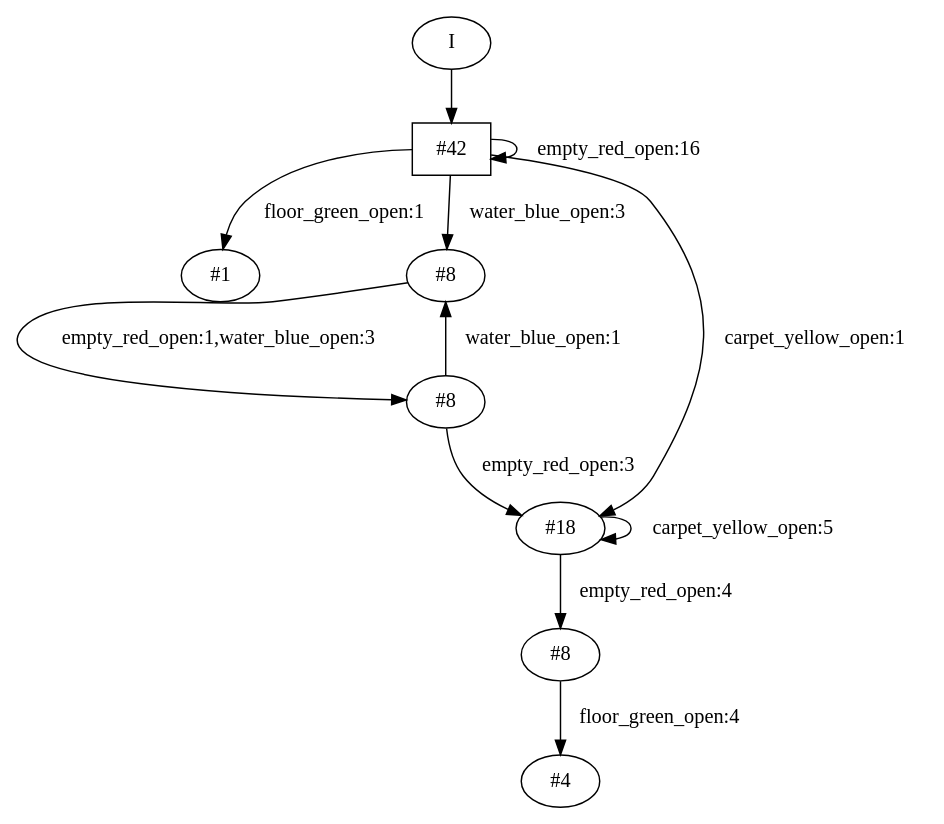
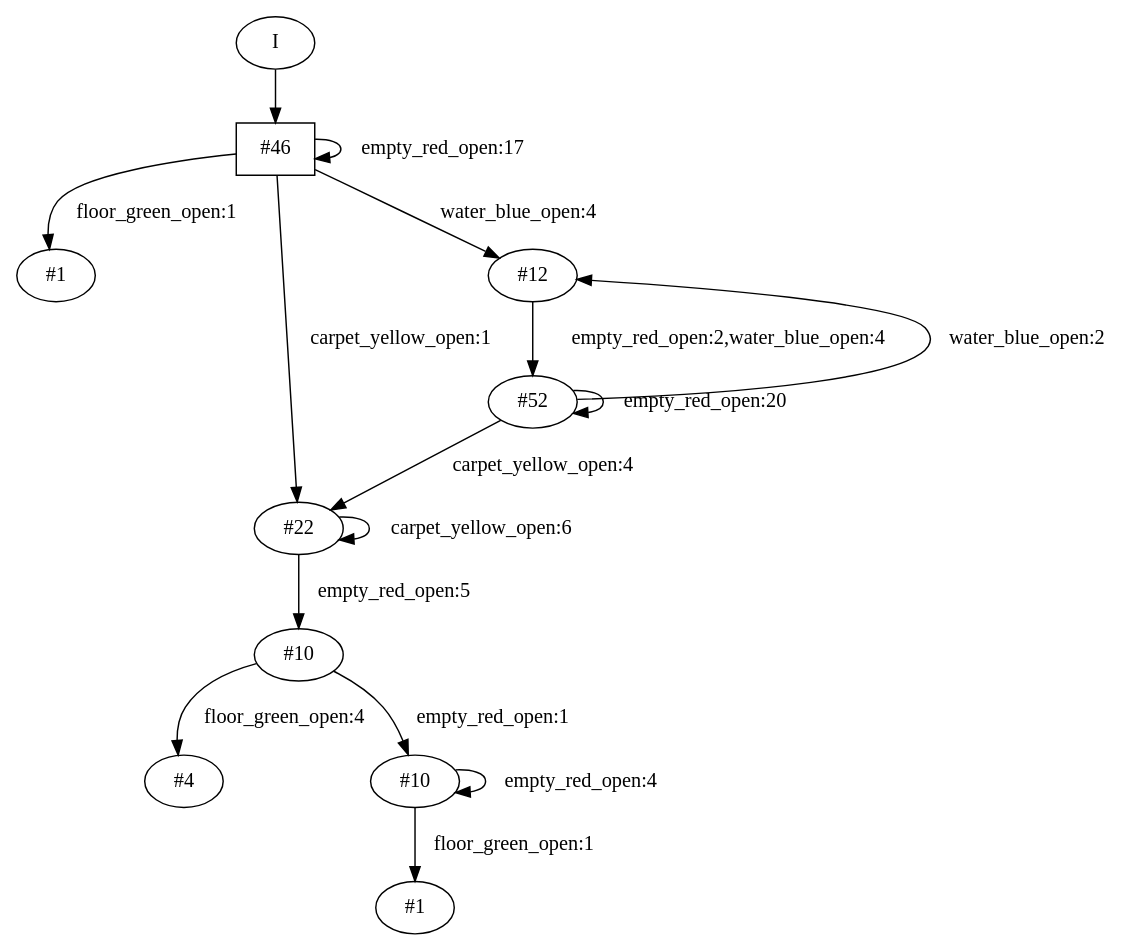
Before and after one commit to nicholasRenninger/wombats_experiments: the diagram in experiments/seshia_paper_reproduction/flexfringe_data/dfafinal.dot, drawn with Graphviz. The commit also changed 45 other files, not shown here.

```diff
--- a/experiments/seshia_paper_reproduction/flexfringe_data/dfafinal.dot
+++ b/experiments/seshia_paper_reproduction/flexfringe_data/dfafinal.dot
@@ -1,23 +1,29 @@
 // produced with flexfringe from git commitd1cf04ada0831d0605a3651971ef9a02091d8823
-// dfasat/flexfringe -h=kldistance -d=kl_data -n=1 -x=0 -w=0 -b=1 -f=0 -I=0 -t=1 -l=0 -q=0 -y=0 -p=0.6 --output-dir=experiments/seshia_paper_reproduction/flexfringe_data/dfa /Users/nicholasrenninger/Google Drive/Grad School/specification learning/code/DPFA_DTS_product_experiment/dfasatInvestigations/experiments/seshia_paper_reproduction/flexfringe_data/seshia_paper_reproduction_train 
+// dfasat/flexfringe -h=kldistance -d=kl_data -n=5 -x=0 -w=0 -b=1 -f=1 -I=0 -t=1 -l=0 -q=0 -y=0 -p=0.5 --output-dir=experiments/seshia_paper_reproduction/flexfringe_data/dfa /Users/nicholasrenninger/Google Drive/Grad School/specification learning/code/DPFA_DTS_product_experiment/dfasatInvestigations/experiments/seshia_paper_reproduction/flexfringe_data/seshia_paper_reproduction_train 
 digraph DFA {
 	0 [label="root" shape=box];
 		I -> 0;
-	0 [ label="#42"  ];
-		0 -> 0 [label="empty_red_open:16"  ];
+	0 [ label="#46"  ];
+		0 -> 0 [label="empty_red_open:17"  ];
 		0 -> 7 [label="floor_green_open:1"  ];
-		0 -> 11 [label="water_blue_open:3"  ];
-		0 -> 13 [label="carpet_yellow_open:1"  ];
+		0 -> 8 [label="carpet_yellow_open:1"  ];
+		0 -> 11 [label="water_blue_open:4"  ];
 	7 [ label="#1"  ];
-	11 [ label="#8"  ];
-		11 -> 12 [label="empty_red_open:1,water_blue_open:3"  ];
-	12 [ label="#8"  ];
-		12 -> 11 [label="water_blue_open:1"  ];
-		12 -> 13 [label="empty_red_open:3"  ];
-	13 [ label="#18"  ];
-		13 -> 9 [label="empty_red_open:4"  ];
-		13 -> 13 [label="carpet_yellow_open:5"  ];
-	9 [ label="#8"  ];
+	8 [ label="#22"  ];
+		8 -> 8 [label="carpet_yellow_open:6"  ];
+		8 -> 9 [label="empty_red_open:5"  ];
+	9 [ label="#10"  ];
 		9 -> 10 [label="floor_green_open:4"  ];
+		9 -> 57 [label="empty_red_open:1"  ];
+	57 [ label="#10"  ];
+		57 -> 57 [label="empty_red_open:4"  ];
+		57 -> 62 [label="floor_green_open:1"  ];
+	62 [ label="#1"  ];
 	10 [ label="#4"  ];
+	11 [ label="#12"  ];
+		11 -> 12 [label="empty_red_open:2,water_blue_open:4"  ];
+	12 [ label="#52"  ];
+		12 -> 8 [label="carpet_yellow_open:4"  ];
+		12 -> 11 [label="water_blue_open:2"  ];
+		12 -> 12 [label="empty_red_open:20"  ];
 }
```
